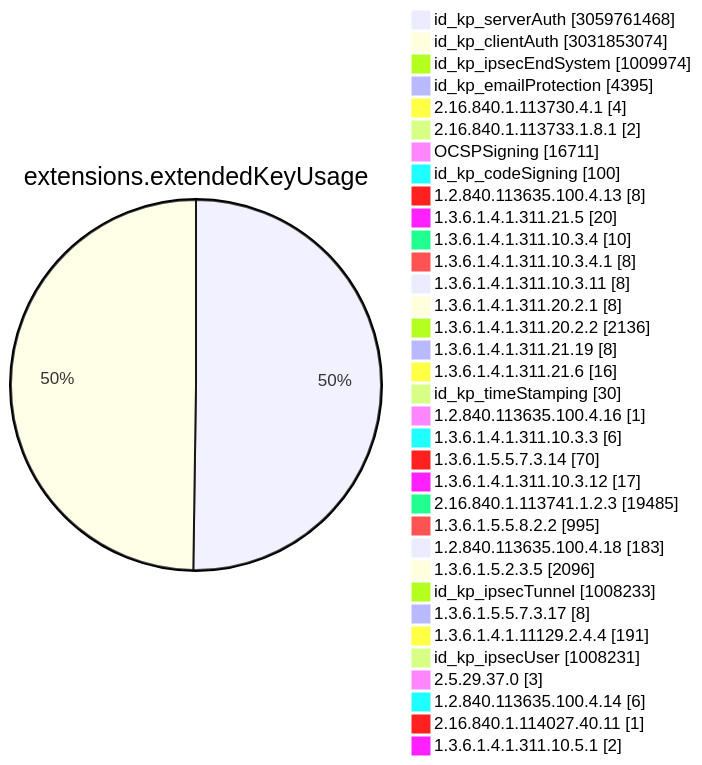
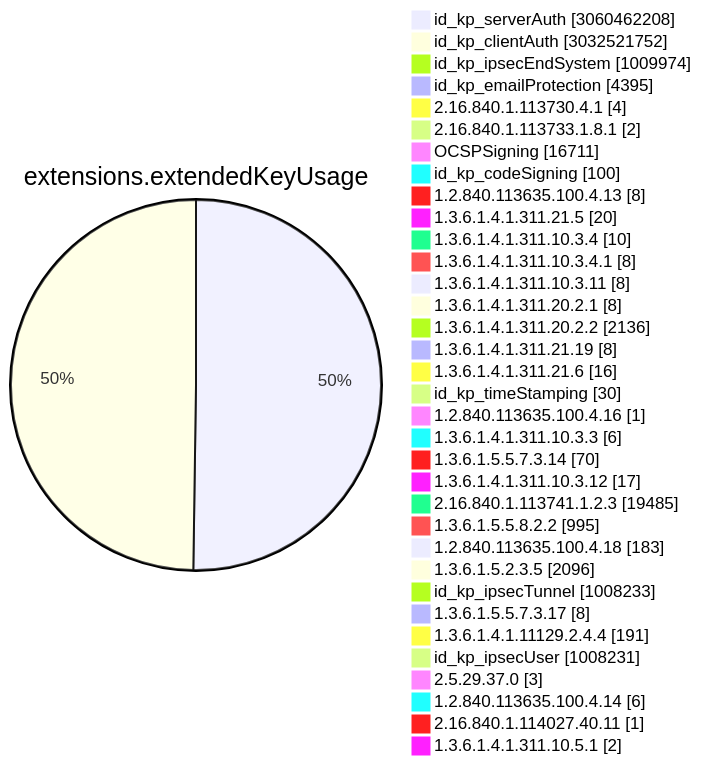
Before and after one commit to christiankrug/ctmonitor_visualization: diagram 11 of 15 in TOTAL/README.md, drawn with Mermaid. The commit also changed other lines of this file, not shown here.

````diff
--- a/TOTAL/README.md
+++ b/TOTAL/README.md
@@ -4119,38 +4119,38 @@
 ```mermaid
 pie showData
 title extensions.extendedKeyUsage
-"id_kp_serverAuth" :3059761468
-"id_kp_clientAuth" :3031853074
+"id_kp_serverAuth" :3060462208
+"id_kp_clientAuth" :3032521752
 "id_kp_ipsecEndSystem" :1009974
 "id_kp_emailProtection" :4395
 "2.16.840.1.113730.4.1" :4
 "2.16.840.1.113733.1.8.1" :2
 "OCSPSigning" :16711
 "id_kp_codeSigning" :100
 "1.2.840.113635.100.4.13" :8
 "1.3.6.1.4.1.311.21.5" :20
 "1.3.6.1.4.1.311.10.3.4" :10
 "1.3.6.1.4.1.311.10.3.4.1" :8
 "1.3.6.1.4.1.311.10.3.11" :8
 "1.3.6.1.4.1.311.20.2.1" :8
 "1.3.6.1.4.1.311.20.2.2" :2136
 "1.3.6.1.4.1.311.21.19" :8
 "1.3.6.1.4.1.311.21.6" :16
 "id_kp_timeStamping" :30
 "1.2.840.113635.100.4.16" :1
 "1.3.6.1.4.1.311.10.3.3" :6
 "1.3.6.1.5.5.7.3.14" :70
 "1.3.6.1.4.1.311.10.3.12" :17
 "2.16.840.1.113741.1.2.3" :19485
 "1.3.6.1.5.5.8.2.2" :995
 "1.2.840.113635.100.4.18" :183
 "1.3.6.1.5.2.3.5" :2096
 "id_kp_ipsecTunnel" :1008233
 "1.3.6.1.5.5.7.3.17" :8
 "1.3.6.1.4.1.11129.2.4.4" :191
 "id_kp_ipsecUser" :1008231
 "2.5.29.37.0" :3
 "1.2.840.113635.100.4.14" :6
 "2.16.840.1.114027.40.11" :1
 "1.3.6.1.4.1.311.10.5.1" :2
 ```
````
